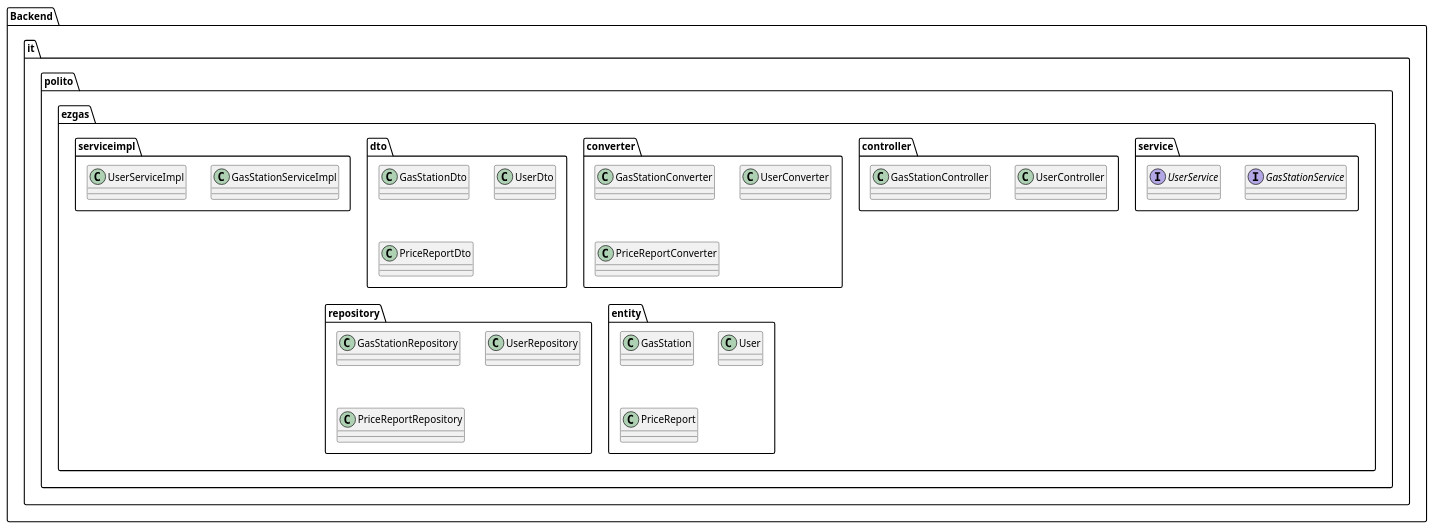
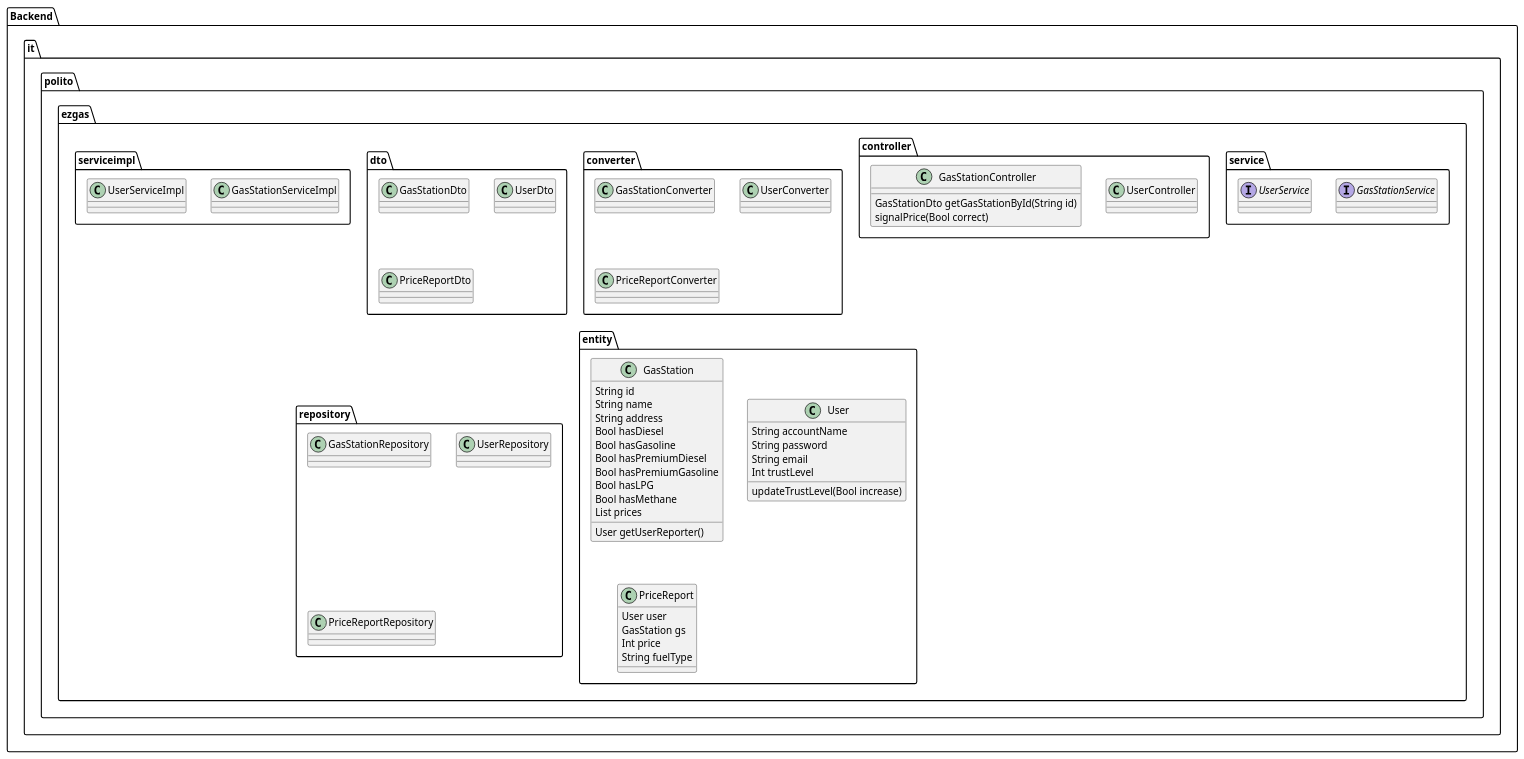
One commit to HeydarliAtabay/EZgas changed the fourth of 4 diagrams in docs/DesignDocument.md. Above: the diagram before and after it, drawn with PlantUML.

Commit message:
docs: added attributes and methods to low level design in docs/DesignDocument.md

````diff
--- a/docs/DesignDocument.md
+++ b/docs/DesignDocument.md
@@ -225,48 +225,77 @@
 ```plantuml
 @startuml
 
 package "Backend" {
 
 package "it.polito.ezgas.service" {
    interface "GasStationService"
    interface "UserService"
 } 
 
 package "it.polito.ezgas.controller" {
     Class UserController
-    Class GasStationController
+
+    Class GasStationController {
+        GasStationDto getGasStationById(String id)
+        signalPrice(Bool correct)
+    }
 }
 
 package "it.polito.ezgas.converter" {
     Class GasStationConverter
     Class UserConverter
     Class PriceReportConverter
 }
 
 package "it.polito.ezgas.dto" {
     Class GasStationDto
     Class UserDto
     Class PriceReportDto
 }
 
 package "it.polito.ezgas.entity" {
-    Class GasStation
-    Class User
-    Class PriceReport
+    Class GasStation {
+        String id
+        String name
+        String address
+        Bool hasDiesel
+        Bool hasGasoline
+        Bool hasPremiumDiesel
+        Bool hasPremiumGasoline
+        Bool hasLPG
+        Bool hasMethane
+        List prices
+        User getUserReporter()
+    }
+
+    Class User {
+        String accountName
+        String password
+        String email
+        Int trustLevel        
+        updateTrustLevel(Bool increase)
+    }
+
+    Class PriceReport {
+        User user
+        GasStation gs
+        Int price
+        String fuelType
+    }
 }
 
 package "it.polito.ezgas.repository" {
     Class GasStationRepository
     Class UserRepository
     Class PriceReportRepository
 }
 
 package "it.polito.ezgas.serviceimpl" {
    Class GasStationServiceImpl
    Class UserServiceImpl
 } 
 
 }
 
 @enduml
 ```
````
